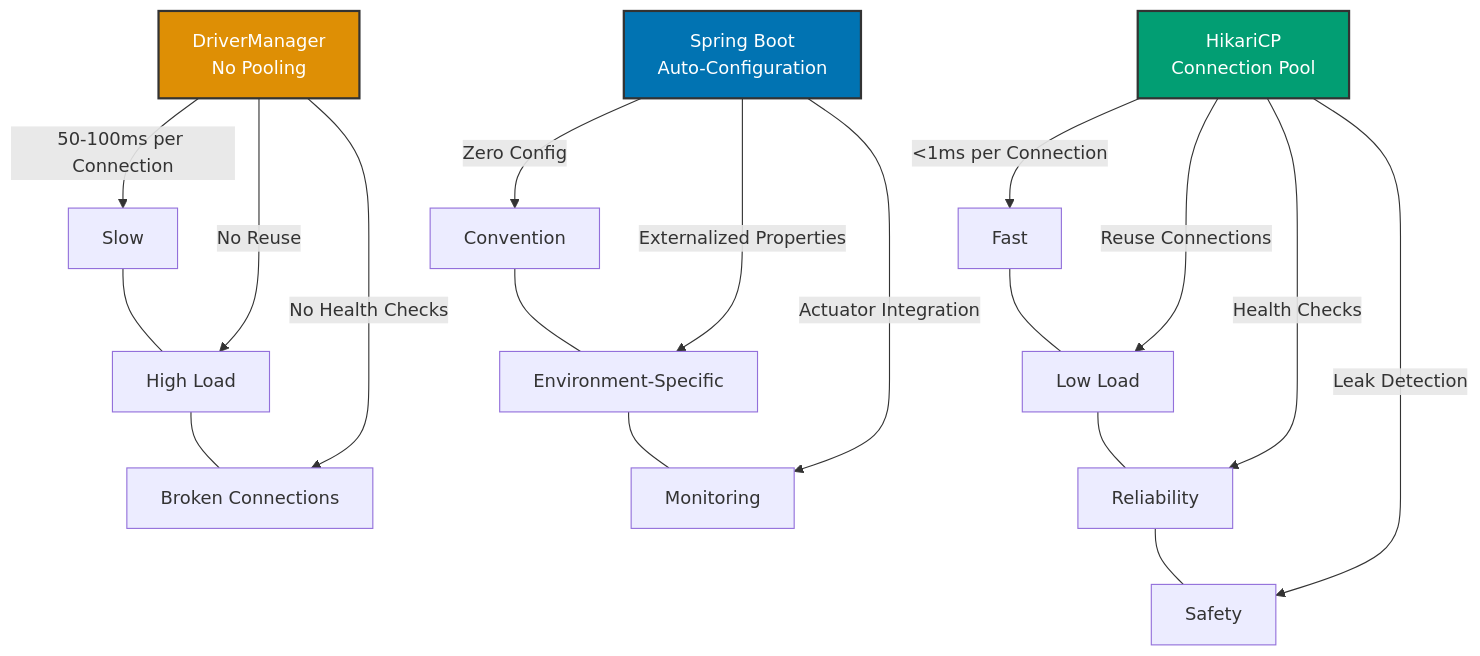
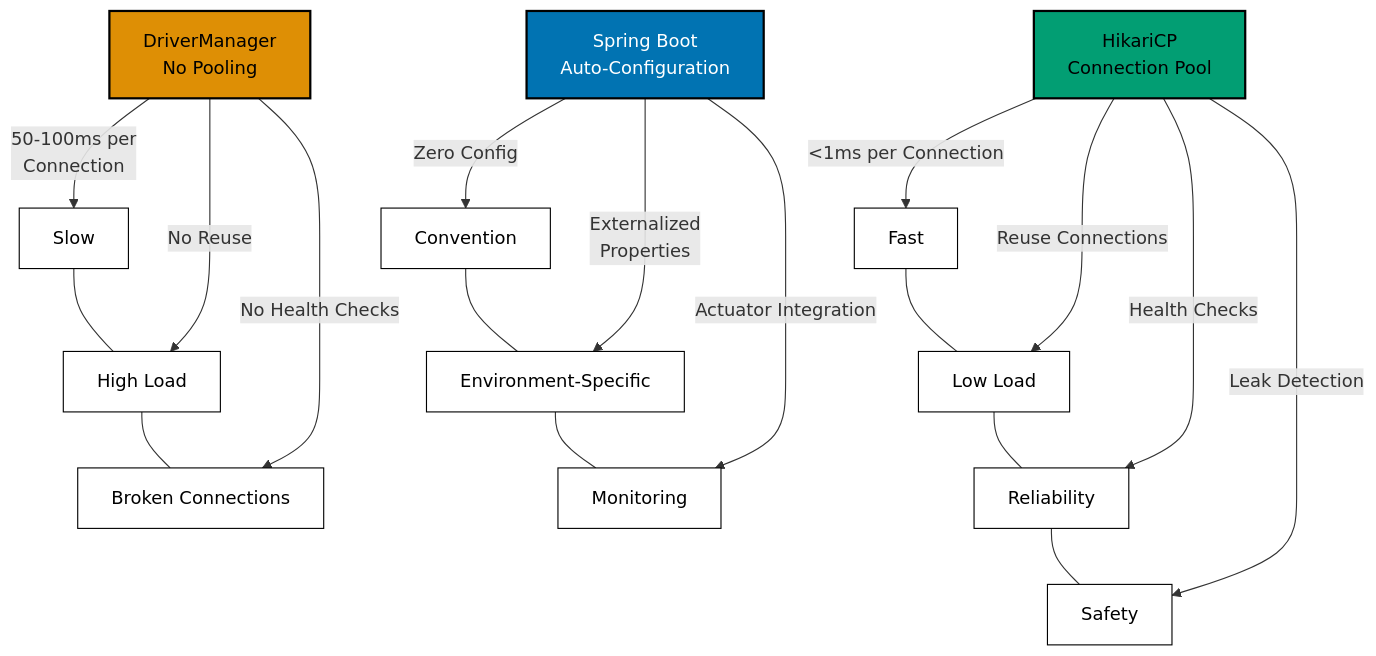
The diagram in apps/ayokoding-www/content/en/learn/legacy/software-engineering/platforms/web/tools/jvm-spring/in-the-field/connection-pooling.md (wahidyankf/ose-public), drawn with Mermaid before and after one commit. The commit also changed 130 other files, not shown here.

First line of the commit message:
fix(mermaid): bring the legacy platforms diagrams onto the accessible palette

````diff
--- a/apps/ayokoding-www/content/en/learn/legacy/software-engineering/platforms/web/tools/jvm-spring/in-the-field/connection-pooling.md
+++ b/apps/ayokoding-www/content/en/learn/legacy/software-engineering/platforms/web/tools/jvm-spring/in-the-field/connection-pooling.md
@@ -453,26 +453,32 @@
 ```mermaid
 graph TD
-    A[DriverManager<br/>No Pooling] -->|50-100ms per Connection| B[Slow]
+    accTitle: Progression Diagram
+    accDescr: Graph with 13 nodes and 17 connections. Nodes: DriverManager No Pooling, Slow, High Load, Broken Connections, HikariCP Connection Pool, Fast, Low Load, Reliability, Safety, Spring Boot Auto-Configuration, Convention, Environment-Specific, and 1 more. Connections: DriverManager No Pooling to Slow (50-100ms per Connection), DriverManager No Pooling to High Load (No Reuse), DriverManager No Pooling to Broken Connections (No Health Checks), Slow to High Load, High Load to Broken Connections, HikariCP Connection Pool to Fast (<1ms per Connection), HikariCP Connection Pool to Low Load (Reuse Connections), HikariCP Connection Pool to Reliability (Health Checks), HikariCP Connection Pool to Safety (Leak Detection), Fast to Low Load, Low Load to Reliability, Reliability to Safety, and 5 more.
+    A[DriverManager<br/>No Pooling] -->|50-100ms per<br/>Connection| B[Slow]
     A -->|No Reuse| C[High Load]
     A -->|No Health Checks| D[Broken Connections]
     B --- C
     C --- D
 
     E[HikariCP<br/>Connection Pool] -->|<1ms per Connection| F[Fast]
     E -->|Reuse Connections| G[Low Load]
     E -->|Health Checks| H[Reliability]
     E -->|Leak Detection| I[Safety]
     F --- G
     G --- H
     H --- I
 
     J[Spring Boot<br/>Auto-Configuration] -->|Zero Config| K[Convention]
-    J -->|Externalized Properties| L[Environment-Specific]
+    J -->|Externalized<br/>Properties| L[Environment-Specific]
     J -->|Actuator Integration| M[Monitoring]
     K --- L
     L --- M
 
-    style A fill:#DE8F05,stroke:#333,stroke-width:2px,color:#fff
-    style E fill:#029E73,stroke:#333,stroke-width:2px,color:#fff
-    style J fill:#0173B2,stroke:#333,stroke-width:2px,color:#fff
+    classDef pal-DE8F05 fill:#DE8F05,stroke:#000000,color:#000000,stroke-width:2px
+    class A pal-DE8F05
+    classDef pal-029E73 fill:#029E73,stroke:#000000,color:#000000,stroke-width:2px
+    class E pal-029E73
+    classDef pal-0173B2 fill:#0173B2,stroke:#000000,color:#FFFFFF,stroke-width:2px
+    class J pal-0173B2
+    classDef default fill:#FFFFFF,stroke:#000000,color:#000000
 ```
````
